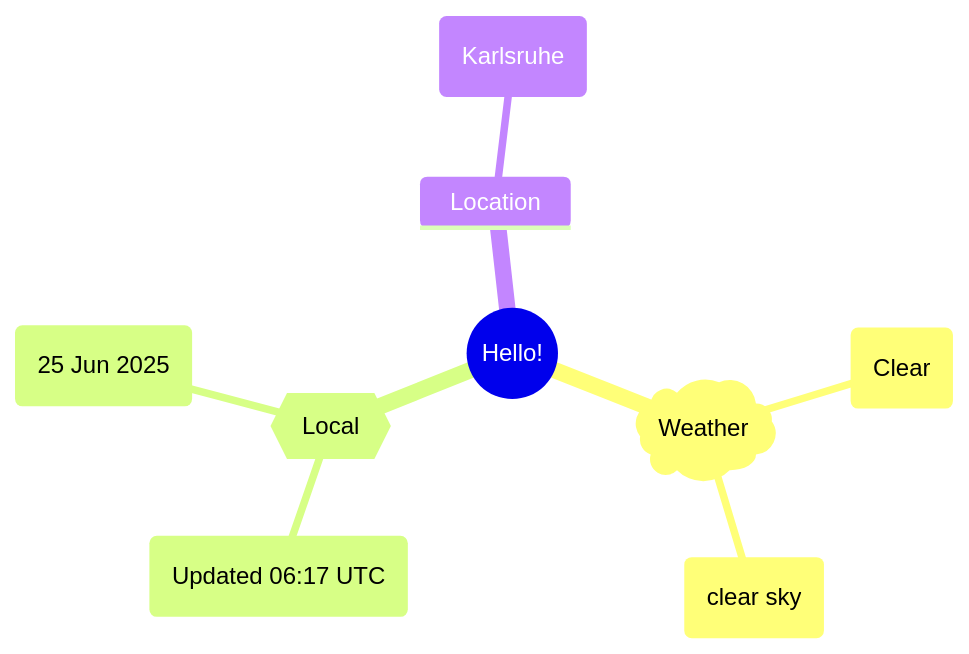
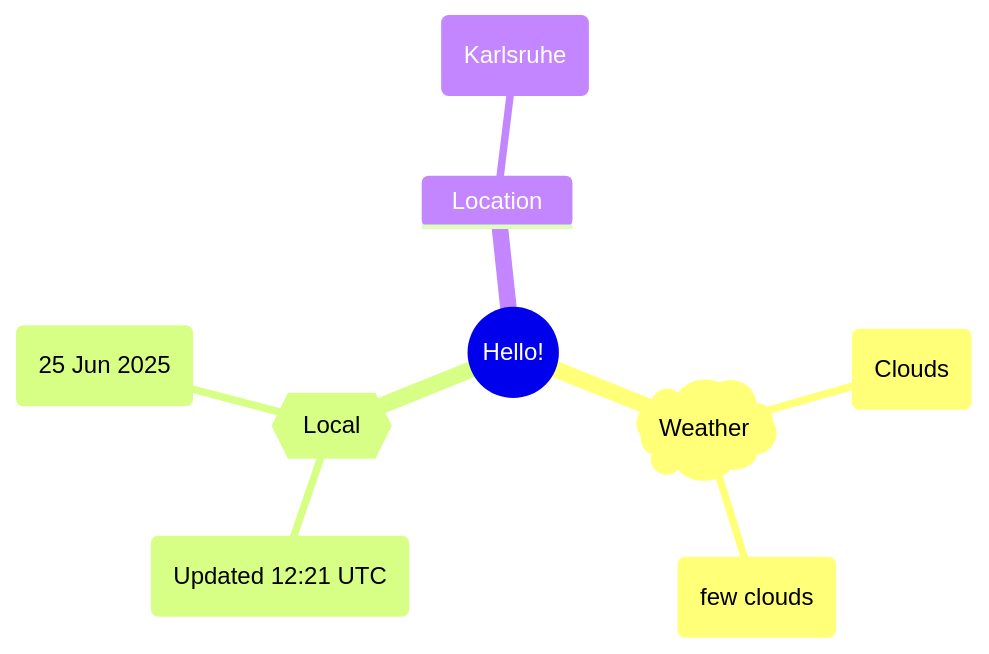
One commit to Xosrov/Xosrov changed the first of 2 diagrams in README.md. Above: the diagram before and after it, drawn with Mermaid.

Commit message:
[bot] updated images

````diff
--- a/README.md
+++ b/README.md
@@ -3,12 +3,12 @@
 ```mermaid
 mindmap
   root((Hello!))
     )Weather(
-        (Clear)
-        (clear sky)
+        (Clouds)
+        (few clouds)
     {{Local}}
-        (Updated 06:17 UTC)
+        (Updated 12:21 UTC)
         (25 Jun 2025)
     Location
         (Karlsruhe)
 ```
````
